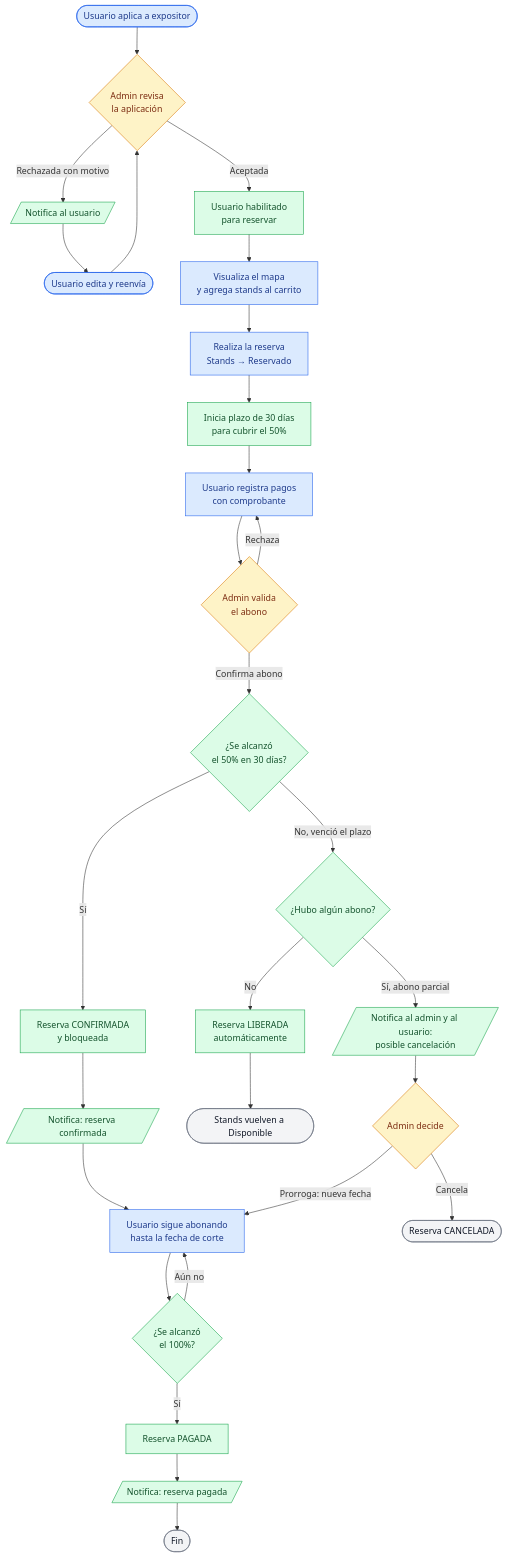
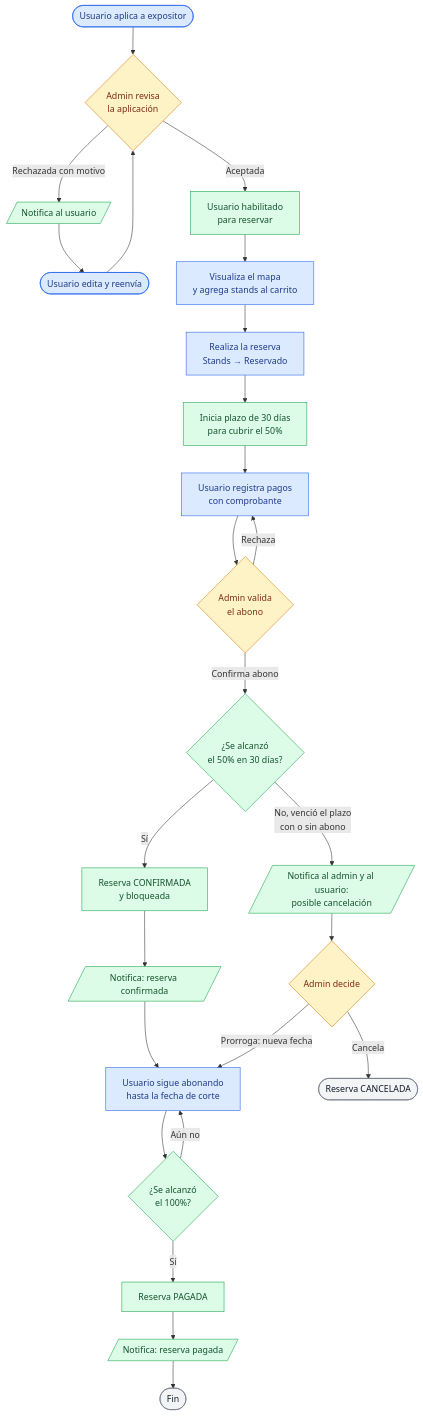
One commit to Proyectos-Vinculacion-FMAT/FILEYapp26 changed the diagram in docs/requisitos/STD/Proceso de alto nivel - Stands.md. Above: the diagram before and after it, drawn with Mermaid. The commit also changed other lines of this file and 73 other files, not shown here.

````diff
--- a/docs/requisitos/STD/Proceso de alto nivel - Stands.md
+++ b/docs/requisitos/STD/Proceso de alto nivel - Stands.md
@@ -18,45 +18,42 @@
 ```mermaid
 %% Proceso de alto nivel: Reserva, Pago y Confirmación de Stands — FILEY
 flowchart TD
     A([Usuario aplica a expositor]) --> B{Admin revisa<br/>la aplicación}
     B -->|Rechazada con motivo| C[/Notifica al usuario/]
     C --> A2([Usuario edita y reenvía])
     A2 --> B
     B -->|Aceptada| D[Usuario habilitado<br/>para reservar]
 
     D --> E[Visualiza el mapa<br/>y agrega stands al carrito]
     E --> F[Realiza la reserva<br/>Stands → Reservado]
     F --> G[Inicia plazo de 30 días<br/>para cubrir el 50%]
 
     G --> H[Usuario registra pagos<br/>con comprobante]
     H --> I{Admin valida<br/>el abono}
     I -->|Rechaza| H
     I -->|Confirma abono| J{¿Se alcanzó<br/>el 50% en 30 días?}
 
     J -->|Sí| K[Reserva CONFIRMADA<br/>y bloqueada]
     K --> L[/Notifica: reserva confirmada/]
     L --> M[Usuario sigue abonando<br/>hasta la fecha de corte]
     M --> N{¿Se alcanzó<br/>el 100%?}
     N -->|Aún no| M
     N -->|Sí| O[Reserva PAGADA]
     O --> P[/Notifica: reserva pagada/]
     P --> Q([Fin])
 
-    J -->|No, venció el plazo| R{¿Hubo algún abono?}
-    R -->|No| S[Reserva LIBERADA<br/>automáticamente]
-    S --> T([Stands vuelven a Disponible])
-    R -->|Sí, abono parcial| U[/Notifica al admin y al usuario:<br/>posible cancelación/]
+    J -->|No, venció el plazo<br/>con o sin abono| U[/Notifica al admin y al usuario:<br/>posible cancelación/]
     U --> V{Admin decide}
     V -->|Prorroga: nueva fecha| M
     V -->|Cancela| W([Reserva CANCELADA])
 
     classDef usuario fill:#dbeafe,stroke:#2563eb,color:#1e3a8a;
     classDef admin fill:#fef3c7,stroke:#d97706,color:#7c2d12;
     classDef sistema fill:#dcfce7,stroke:#16a34a,color:#14532d;
     classDef fin fill:#f3f4f6,stroke:#6b7280,color:#111827;
 
     class A,A2,E,F,H,M usuario;
     class B,I,V admin;
-    class C,D,G,J,K,L,N,O,P,R,S,U sistema;
-    class Q,T,W,fin fin;
+    class C,D,G,J,K,L,N,O,P,U sistema;
+    class Q,W,fin fin;
 ```
````
